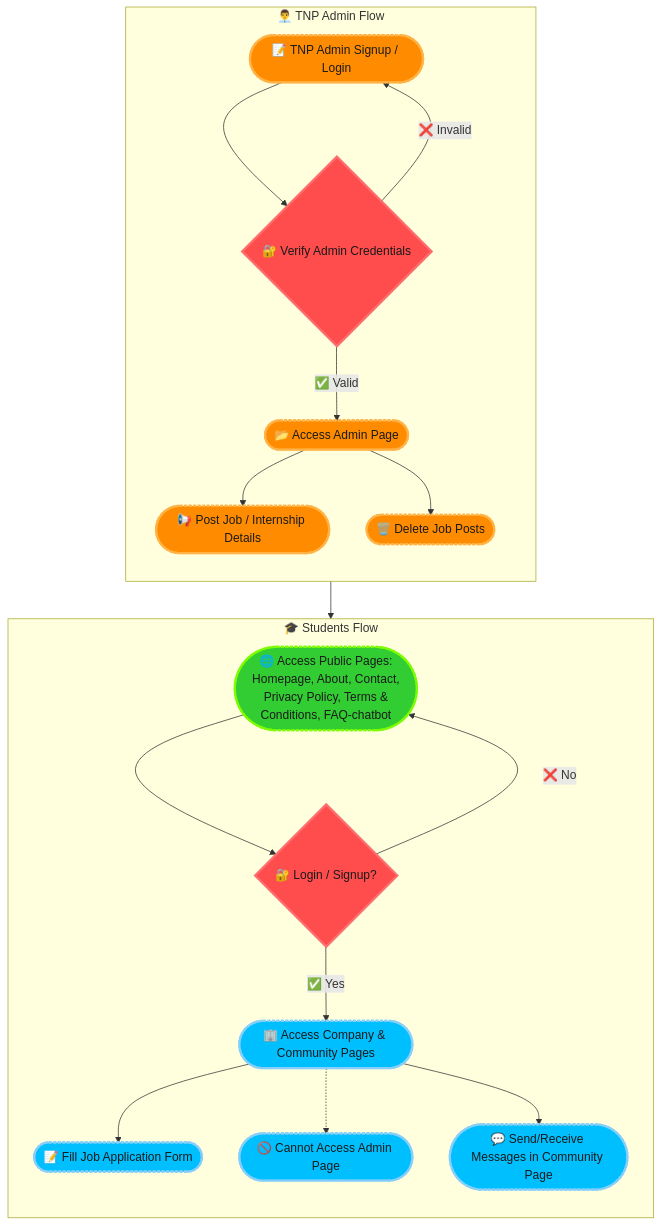
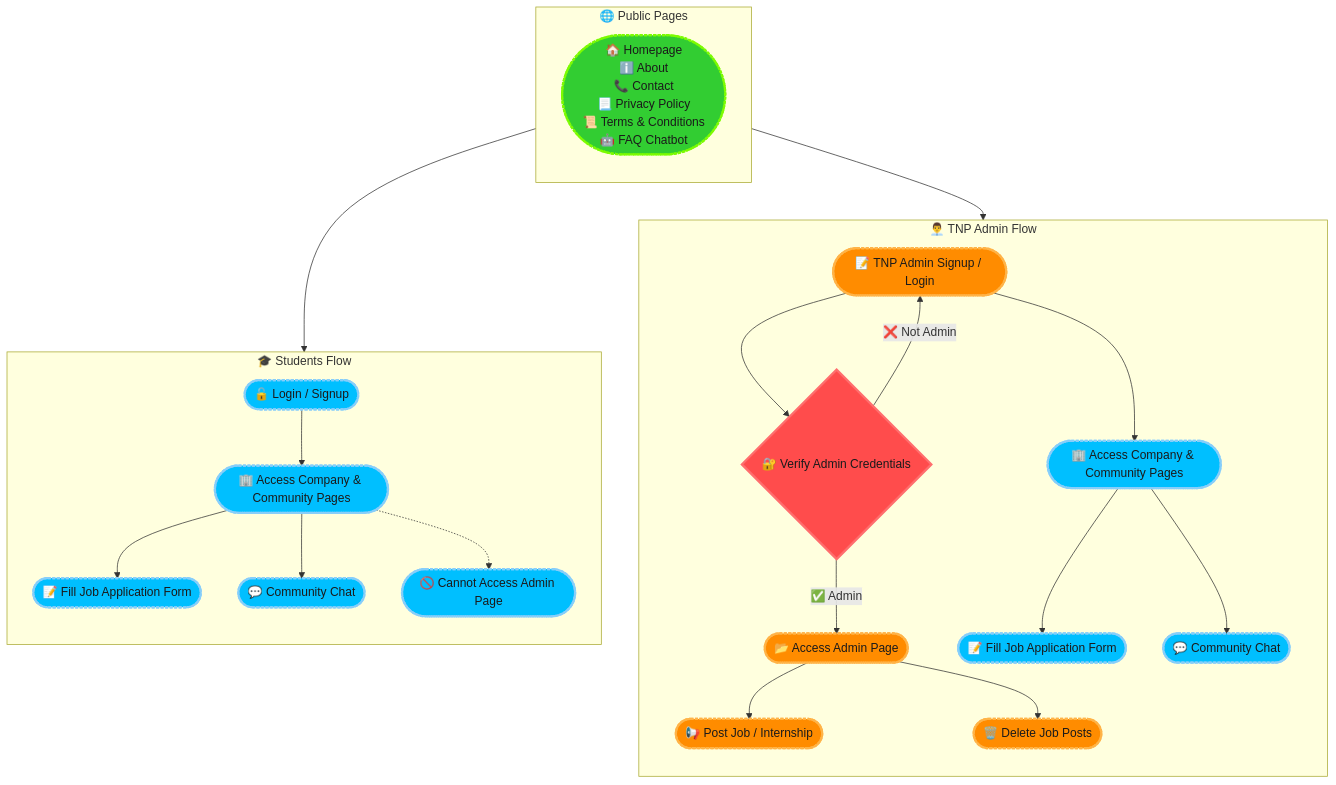
The diagram in README.md (deepak-pandey1/BPIT-CareerHub), drawn with Mermaid before and after one commit.

````diff
--- a/README.md
+++ b/README.md
@@ -9,35 +9,44 @@
 ```mermaid
 graph TD
-    %% Define styles for dark theme with rounded corners and subtle shadows
+    %% Define styles
     classDef adminNode fill:#ff8c00,stroke:#ffb347,stroke-width:3px,color:#1a1a1a,stroke-dasharray:4 2,round
     classDef studentNode fill:#00bfff,stroke:#87cefa,stroke-width:3px,color:#1a1a1a,stroke-dasharray:4 2,round
     classDef publicNode fill:#32cd32,stroke:#7cfc00,stroke-width:3px,color:#1a1a1a,stroke-dasharray:4 2,round
     classDef decisionNode fill:#ff4c4c,stroke:#ff6e6e,stroke-width:3px,color:#1a1a1a
 
+    %% Shared Public Access
+    subgraph Public["🌐 Public Pages"]
+        direction TB
+        P1([🏠 Homepage<br>ℹ️ About<br>📞 Contact<br>📃 Privacy Policy<br>📜 Terms & Conditions<br>🤖 FAQ Chatbot]):::publicNode
+    end
+
     %% TNP Admin Flow
     subgraph TNP_Admin["👨‍💼 TNP Admin Flow"]
         direction TB
         A1([📝 TNP Admin Signup / Login]):::adminNode --> B1{🔐 Verify Admin Credentials}:::decisionNode
-        B1 -->|✅ Valid| C1([📂 Access Admin Page]):::adminNode
-        B1 -->|❌ Invalid| A1
-        C1 --> D1([📢 Post Job / Internship Details]):::adminNode
+        B1 -->|✅ Admin| C1([📂 Access Admin Page]):::adminNode
+        B1 -->|❌ Not Admin| A1
+
+        C1 --> D1([📢 Post Job / Internship]):::adminNode
         C1 --> E1([🗑️ Delete Job Posts]):::adminNode
+
+        A1 --> A2([🏢 Access Company & Community Pages]):::studentNode
+        A2 --> A3([📝 Fill Job Application Form]):::studentNode
+        A2 --> A4([💬 Community Chat]):::studentNode
     end
 
     %% Students Flow
     subgraph Students["🎓 Students Flow"]
         direction TB
-        F1([🌐 Access Public Pages:<br>Homepage, About, Contact,<br> Privacy Policy, Terms & Conditions, FAQ-chatbot]):::publicNode --> G1{🔐 Login / Signup?}:::decisionNode
-        G1 -->|✅ Yes| H1([🏢 Access Company & Community Pages]):::studentNode
-        G1 -->|❌ No| F1
+        S1([🔓 Login / Signup]):::studentNode --> S2([🏢 Access Company & Community Pages]):::studentNode
+        S2 --> S3([📝 Fill Job Application Form]):::studentNode
+        S2 --> S4([💬 Community Chat]):::studentNode
+        S2 -.-> S5([🚫 Cannot Access Admin Page]):::studentNode
+    end
 
-        H1 --> I1([📝 Fill Job Application Form]):::studentNode
-        H1 -.-> J1([🚫 Cannot Access Admin Page]):::studentNode
-
-        %% Communication in Community Page
-        H1 --> L1([💬 Send/Receive Messages in Community Page]):::studentNode
-        C1 --> L1
-    end
+    %% Connect Public to both flows
+    P1 --> A1
+    P1 --> S1
 
 
 ```
````
